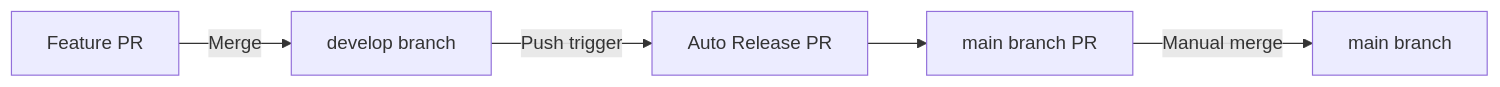
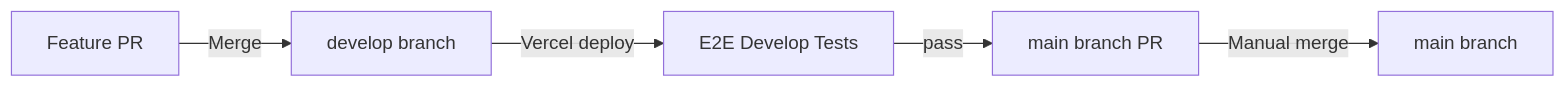
One commit to ksleep98/napoleon-game-4players changed the diagram in docs/ci-cd/AUTO_RELEASE.md. Above: the diagram before and after it, drawn with Mermaid. The commit also changed other lines of this file and 8 other files, not shown here.

First line of the commit message:
fix(ci): develop の E2E を Vercel の回避キーで動かし、リリース PR を E2E 通過後に作る (#645)

````diff
--- a/docs/ci-cd/AUTO_RELEASE.md
+++ b/docs/ci-cd/AUTO_RELEASE.md
@@ -12,7 +16,7 @@
 ```mermaid
 graph LR
     A[Feature PR] -->|Merge| B[develop branch]
-    B -->|Push trigger| C[Auto Release PR]
-    C --> D[main branch PR]
+    B -->|Vercel deploy| C[E2E Develop Tests]
+    C -->|pass| D[main branch PR]
     D -->|Manual merge| E[main branch]
 ```
````
